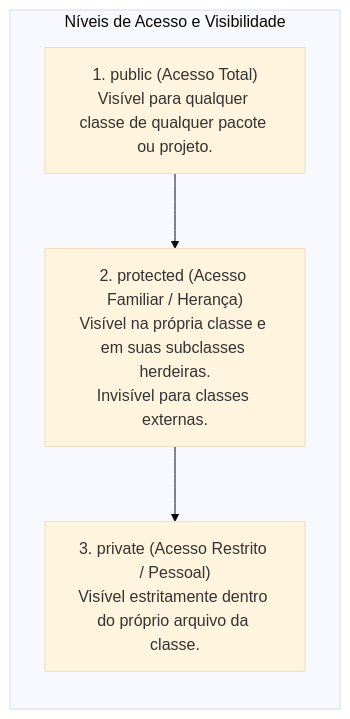
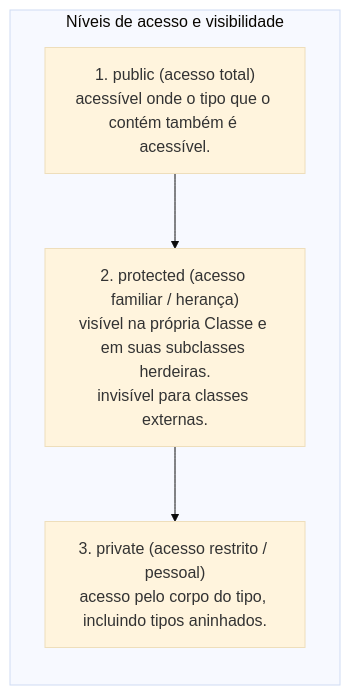
The sixth of 7 diagrams in 01. Programacao Modular/07. Atributos e métodos (classes, objetos e definição de membros).md (leorruas/puc), drawn with Mermaid (base theme) before and after one commit. The commit also changed other lines of this file and 10 other files, not shown here.

````diff
--- a/01. Programacao Modular/07. Atributos e métodos (classes, objetos e definição de membros).md
+++ b/01. Programacao Modular/07. Atributos e métodos (classes, objetos e definição de membros).md
@@ -350,12 +378,12 @@
 ```mermaid
 flowchart TD
-    subgraph Modificadores ["Níveis de Acesso e Visibilidade"]
+    subgraph Modificadores ["Níveis de acesso e visibilidade"]
         direction TB
-        M_Pub["1. public (Acesso Total)<br>Visível para qualquer classe de qualquer pacote ou projeto."]
-        M_Prot["2. protected (Acesso Familiar / Herança)<br>Visível na própria classe e em suas subclasses herdeiras.<br>Invisível para classes externas."]
-        M_Priv["3. private (Acesso Restrito / Pessoal)<br>Visível estritamente dentro do próprio arquivo da classe."]
+        M_Pub["1. public (acesso total)<br>acessível onde o tipo que o contém também é acessível."]
+        M_Prot["2. protected (acesso familiar / herança)<br>visível na própria Classe e em suas subclasses herdeiras.<br>invisível para classes externas."]
+        M_Priv["3. private (acesso restrito / pessoal)<br>acesso pelo corpo do tipo, incluindo tipos aninhados."]
 
         M_Pub --> M_Prot
         M_Prot --> M_Priv
     end
 ```
````
